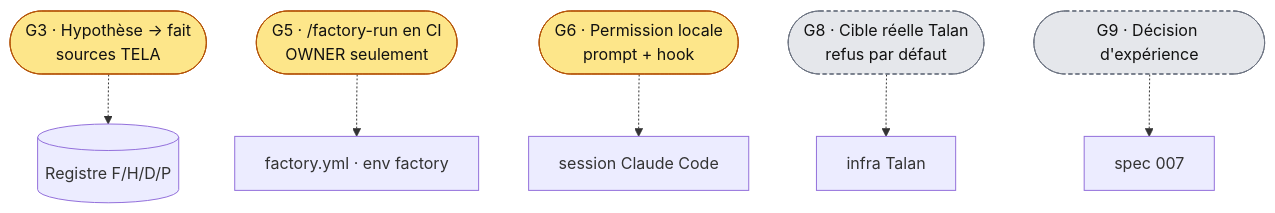
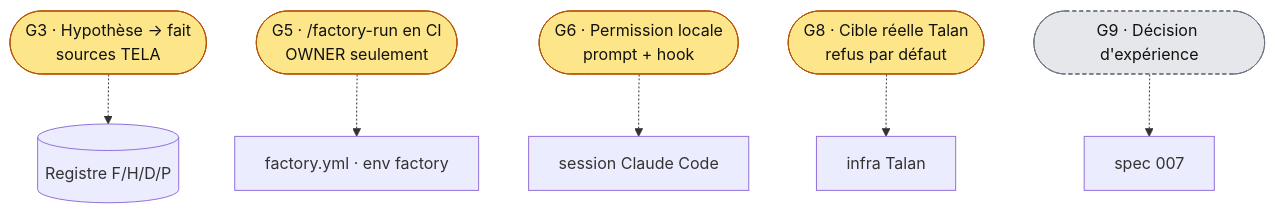
Before and after one commit to m4tth1euNa0p1c/agentic-factory-erc20: the ninth of 14 diagrams in README.md, drawn with Mermaid. The commit also changed other lines of this file and 31 other files, not shown here.

````diff
--- a/README.md
+++ b/README.md
@@ -299,12 +300,13 @@
 ```mermaid
 flowchart TB
   G3(["G3 · Hypothèse → fait<br/>sources TELA"]) -.-> REG[("Registre F/H/D/P")]
   G5(["G5 · /factory-run en CI<br/>OWNER seulement"]) -.-> CI["factory.yml · env factory"]
   G6(["G6 · Permission locale<br/>prompt + hook"]) -.-> LOCAL["session Claude Code"]
   G8(["G8 · Cible réelle Talan<br/>refus par défaut"]) -.-> TALAN["infra Talan"]
   G9(["G9 · Décision d'expérience"]) -.-> EXP["spec 007"]
   classDef human fill:#fde68a,stroke:#b45309,color:#111
   classDef planned fill:#e5e7eb,stroke:#6b7280,stroke-dasharray:4 3,color:#111
   class G3,G5,G6 human
-  class G8,G9 planned
+  class G8 human
+  class G9 planned
 ```
````
